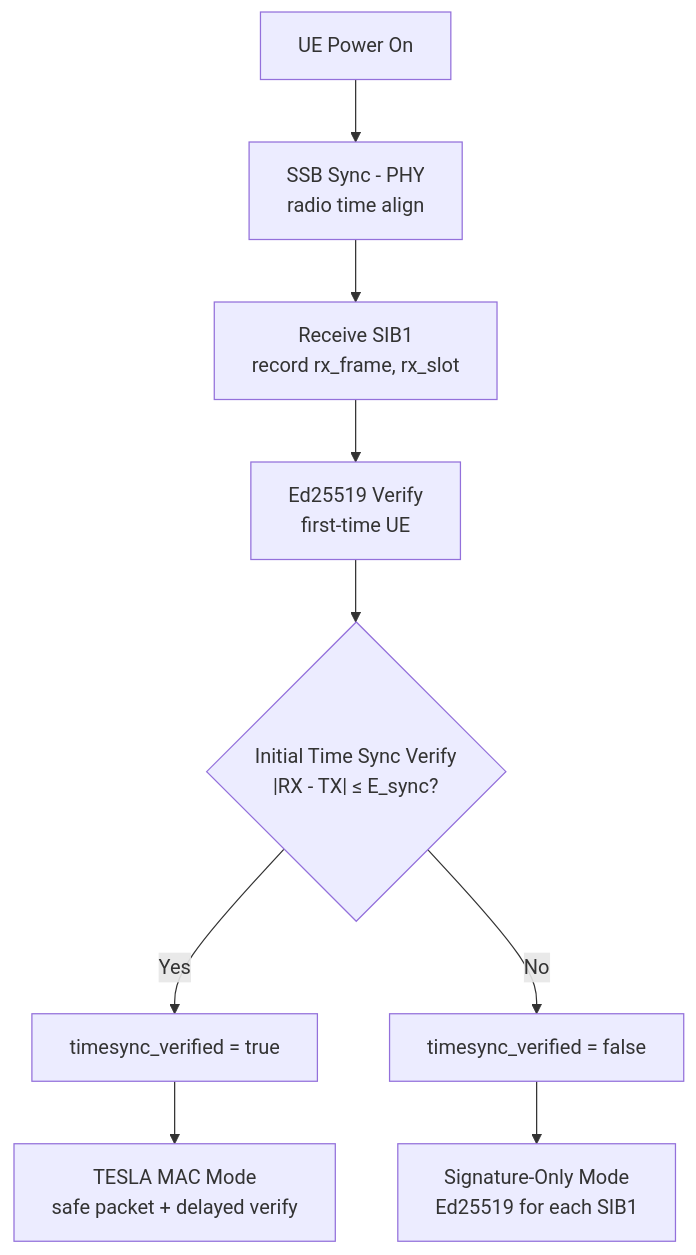
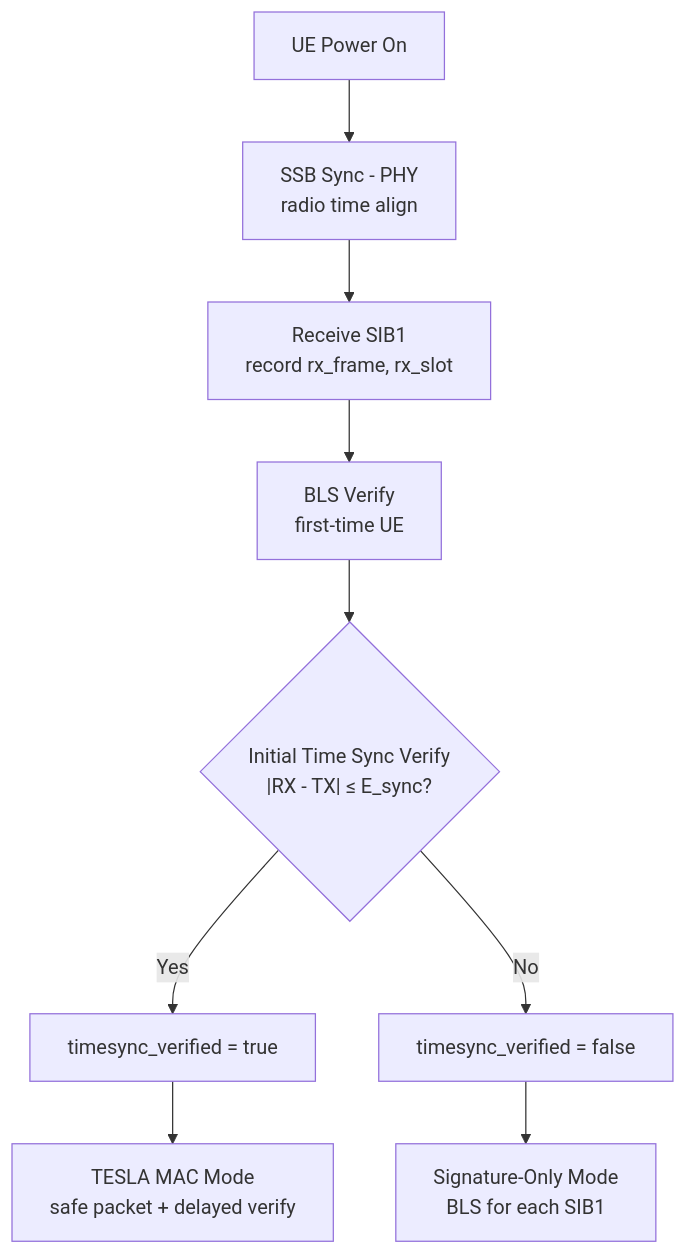
The diagram in doc-tf5/time-sync.md (ssubinsong/oai-tf5), drawn with Mermaid before and after one commit. The commit also changed other lines of this file and 9 other files, not shown here.

First line of the commit message:
docs: Align TF5 documentation with BLS signature migration

````diff
--- a/doc-tf5/time-sync.md
+++ b/doc-tf5/time-sync.md
@@ -300,11 +300,11 @@
 ```mermaid
 flowchart TD
     A[UE Power On] --> B[SSB Sync - PHY<br/>radio time align]
     B --> C[Receive SIB1<br/>record rx_frame, rx_slot]
-    C --> D[Ed25519 Verify<br/>first-time UE]
+    C --> D[BLS Verify<br/>first-time UE]
     D --> E{Initial Time Sync Verify<br/>#124;RX - TX#124; ≤ E_sync?}
     E -->|Yes| F[timesync_verified = true]
     E -->|No| G[timesync_verified = false]
     F --> H[TESLA MAC Mode<br/>safe packet + delayed verify]
-    G --> I[Signature-Only Mode<br/>Ed25519 for each SIB1]
+    G --> I[Signature-Only Mode<br/>BLS for each SIB1]
 ```
````
